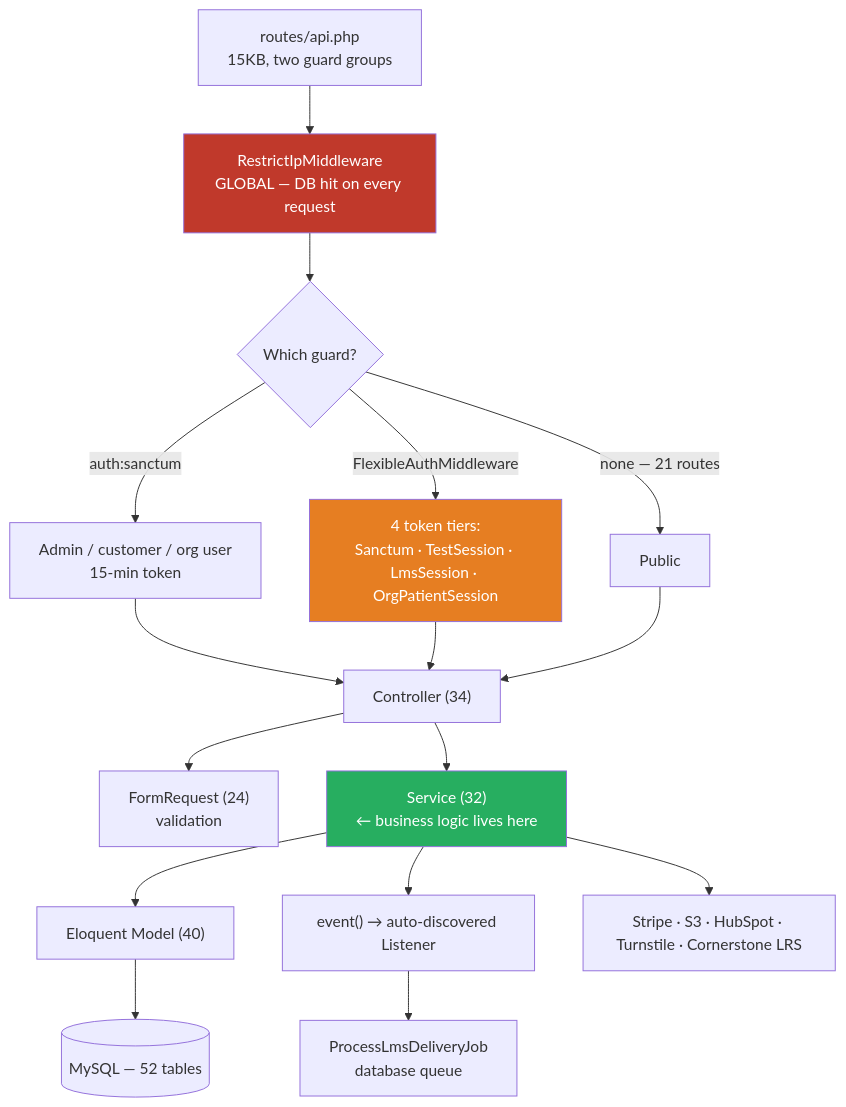
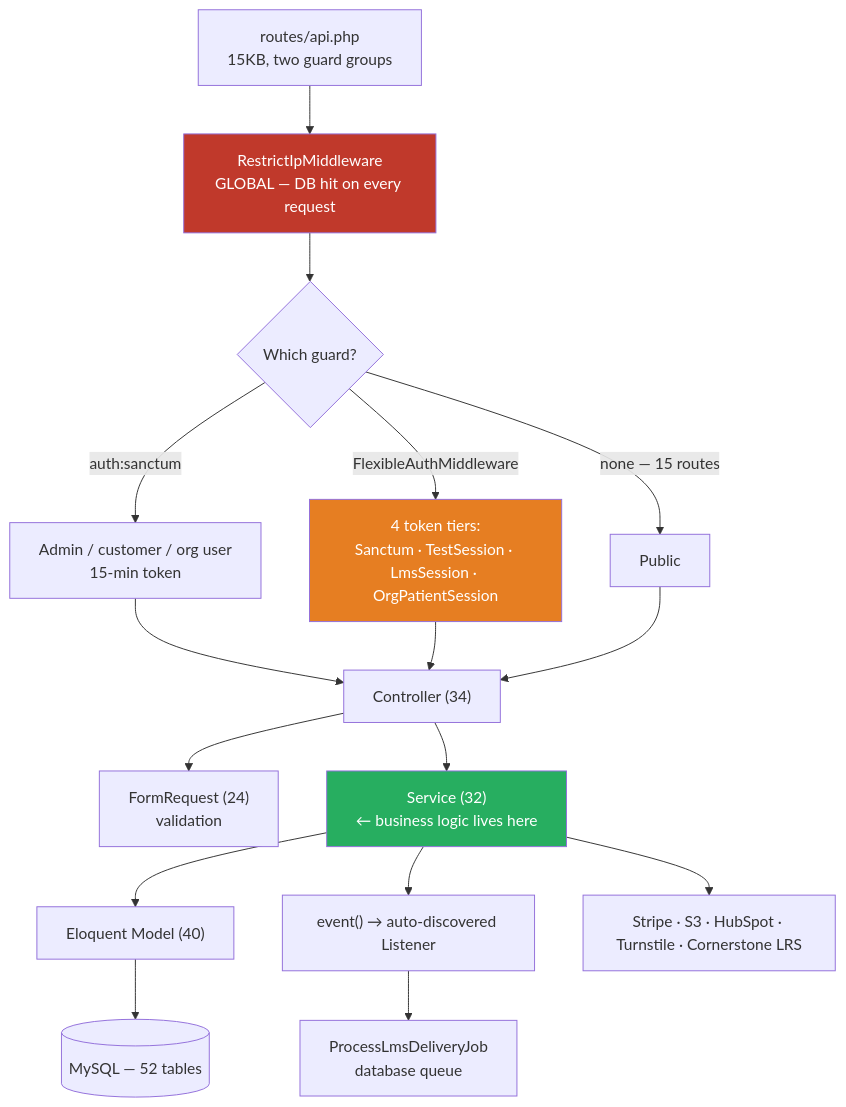
Before and after one commit to Waggoner-Diagnostics/tcv_ai_knowledge_base: the diagram in AI_KNOWLEDGE_BASE/ARCHITECTURE_REALITY.md, drawn with Mermaid. The commit also changed other lines of this file and 29 other files, not shown here.

````diff
--- a/AI_KNOWLEDGE_BASE/ARCHITECTURE_REALITY.md
+++ b/AI_KNOWLEDGE_BASE/ARCHITECTURE_REALITY.md
@@ -125,22 +136,22 @@
 ```mermaid
 graph TD
     R["routes/api.php<br/>15KB, two guard groups"] --> G["RestrictIpMiddleware<br/>GLOBAL — DB hit on every request"]
     G --> A{"Which guard?"}
     A -->|"auth:sanctum"| S1["Admin / customer / org user<br/>15-min token"]
     A -->|"FlexibleAuthMiddleware"| S2["4 token tiers:<br/>Sanctum · TestSession · LmsSession · OrgPatientSession"]
-    A -->|"none — 21 routes"| S3["Public"]
+    A -->|"none — 15 routes"| S3["Public"]
     S1 --> C["Controller (34)"]
     S2 --> C
     S3 --> C
     C --> FR["FormRequest (24)<br/>validation"]
     C --> SV["Service (32)<br/>← business logic lives here"]
     SV --> M["Eloquent Model (40)"]
     SV --> EV["event() → auto-discovered Listener"]
     EV --> J["ProcessLmsDeliveryJob<br/>database queue"]
     SV --> EXT["Stripe · S3 · HubSpot · Turnstile · Cornerstone LRS"]
     M --> DB[("MySQL — 52 tables")]
 
     style G fill:#c0392b,color:#fff
     style S2 fill:#e67e22,color:#fff
     style SV fill:#27ae60,color:#fff
 ```
````
